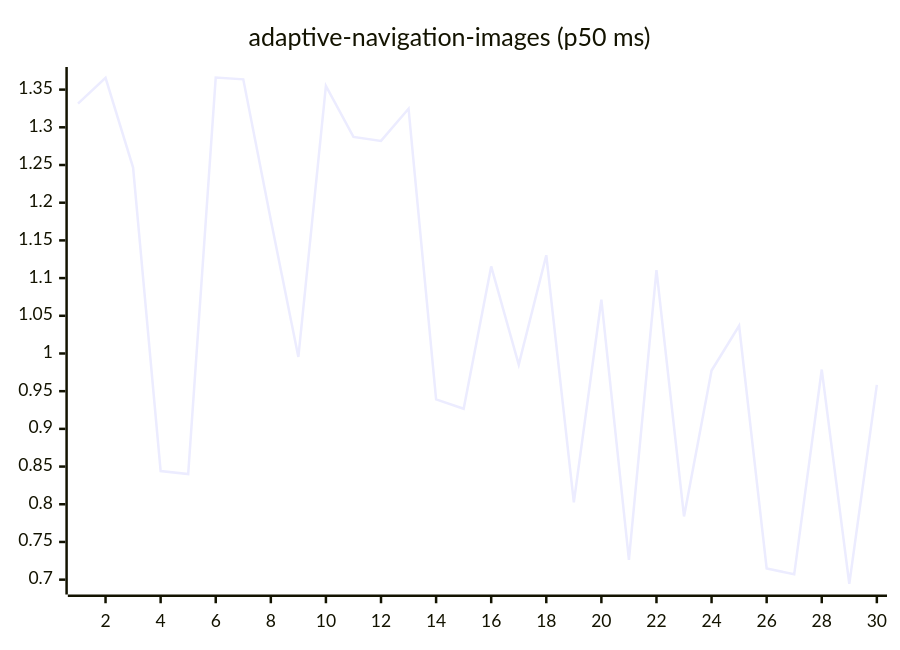
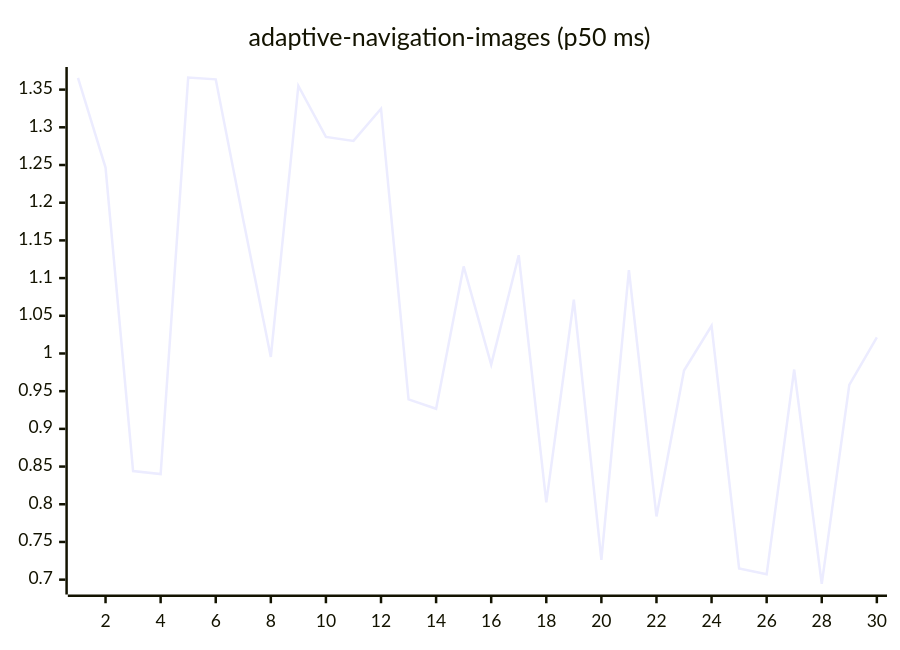
The first of 27 diagrams in README.md (josha/Facet), drawn with Mermaid before and after one commit. The commit also changed other lines of this file and 2 other files, not shown here.

````diff
--- a/README.md
+++ b/README.md
@@ -63,6 +63,6 @@
 ```mermaid
 xychart-beta
     title "adaptive-navigation-images (p50 ms)"
     x-axis 1 --> 30
-    line [1.3313, 1.3656, 1.2466, 0.8441, 0.8400, 1.3659, 1.3636, 1.1770, 0.9954, 1.3550, 1.2872, 1.2820, 1.3247, 0.9391, 0.9267, 1.1155, 0.9853, 1.1303, 0.8026, 1.0713, 0.7263, 1.1106, 0.7839, 0.9774, 1.0368, 0.7148, 0.7071, 0.9787, 0.6944, 0.9583]
+    line [1.3656, 1.2466, 0.8441, 0.8400, 1.3659, 1.3636, 1.1770, 0.9954, 1.3550, 1.2872, 1.2820, 1.3247, 0.9391, 0.9267, 1.1155, 0.9853, 1.1303, 0.8026, 1.0713, 0.7263, 1.1106, 0.7839, 0.9774, 1.0368, 0.7148, 0.7071, 0.9787, 0.6944, 0.9583, 1.0213]
 ```
````
